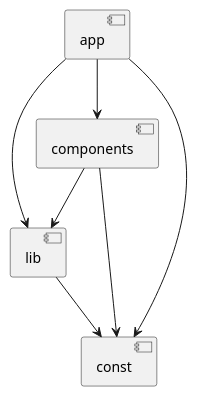
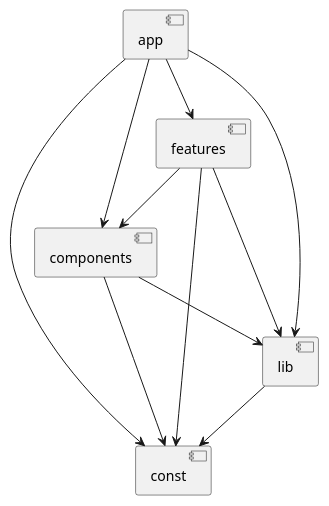
Before and after one commit to Niekes/next-js-ai-template: the diagram in docs/architecture.puml, drawn with PlantUML. The commit also changed 31 other files, not shown here.

First line of the commit message:
feat(architecture): enforce bulletproof feature layering and shared MCP servers

```diff
--- a/docs/architecture.puml
+++ b/docs/architecture.puml
@@ -1,13 +1,18 @@
 @startuml
 component [app]
+component [features]
 component [components]
 component [lib]
 component [const]
 
+[app] --> [features]
 [app] --> [components]
 [app] --> [lib]
 [app] --> [const]
+[features] --> [components]
+[features] --> [lib]
+[features] --> [const]
 [components] --> [lib]
 [components] --> [const]
 [lib] --> [const]
 @enduml
```
